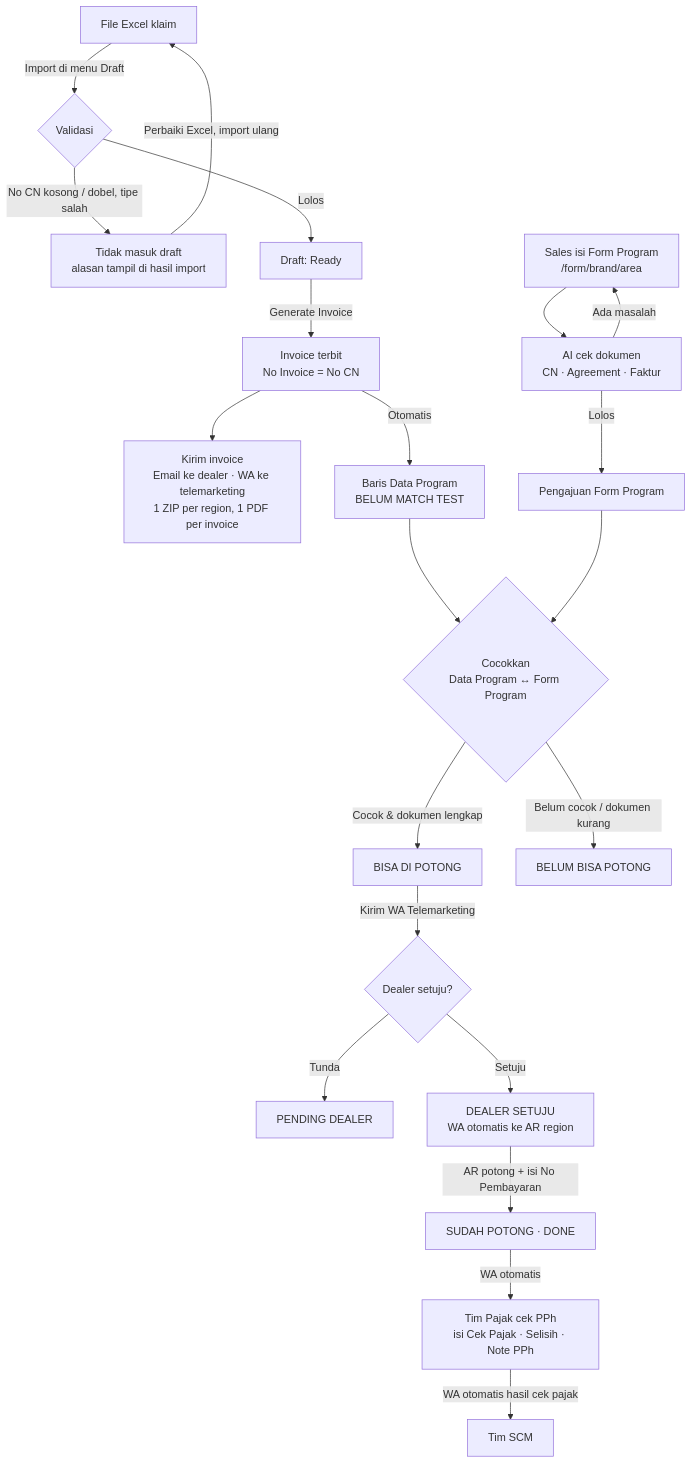
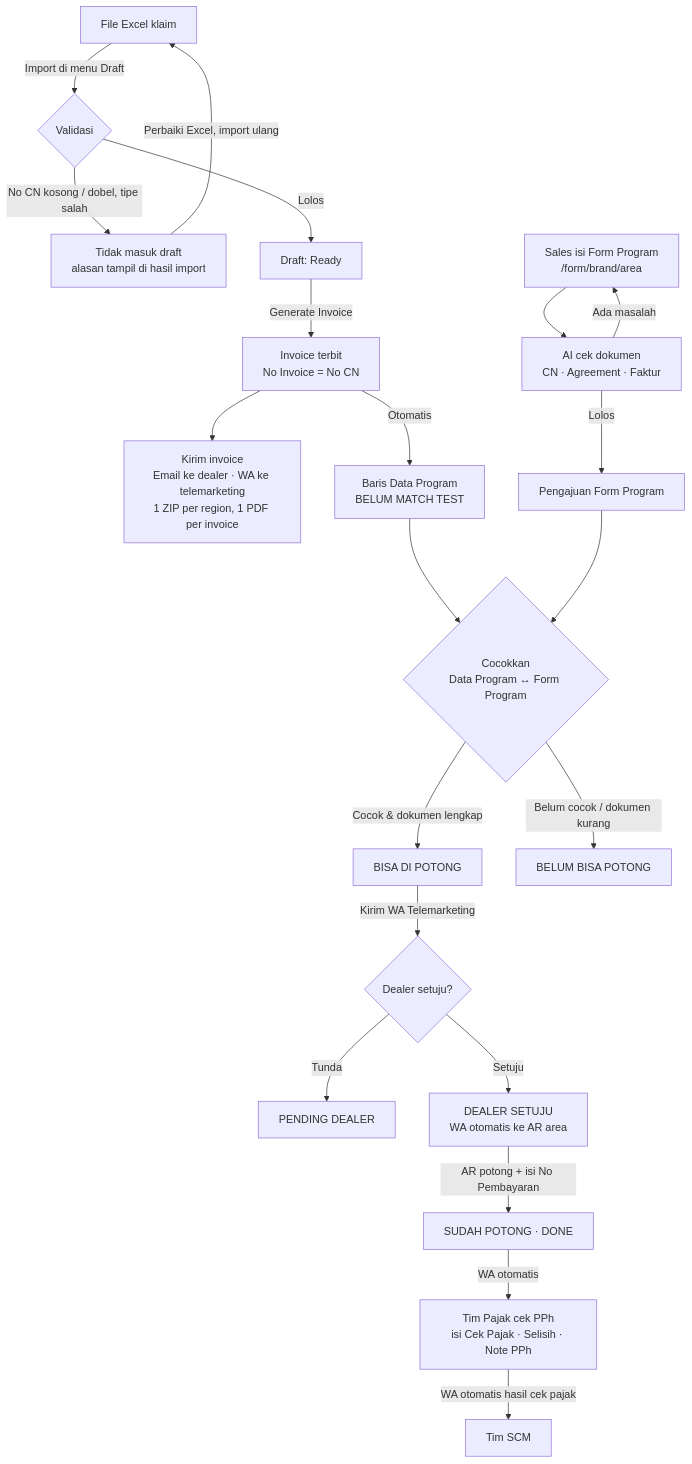
The first of 2 diagrams in README.md (oceanspacedev/Automation-SCM), drawn with Mermaid before and after one commit. The commit also changed other lines of this file and 18 other files, not shown here.

````diff
--- a/README.md
+++ b/README.md
@@ -59,25 +59,25 @@
 ```mermaid
 flowchart TD
     A[File Excel klaim] -->|Import di menu Draft| B{Validasi}
     B -->|No CN kosong / dobel, tipe salah| C[Tidak masuk draft<br/>alasan tampil di hasil import]
     B -->|Lolos| D[Draft: Ready]
     C -->|Perbaiki Excel, import ulang| A
     D -->|Generate Invoice| E[Invoice terbit<br/>No Invoice = No CN]
     E --> F[Kirim invoice<br/>Email ke dealer · WA ke telemarketing<br/>1 ZIP per region, 1 PDF per invoice]
     E -->|Otomatis| G[Baris Data Program<br/>BELUM MATCH TEST]
 
     S[Sales isi Form Program<br/>/form/brand/area] --> T[AI cek dokumen<br/>CN · Agreement · Faktur]
     T -->|Ada masalah| S
     T -->|Lolos| U[Pengajuan Form Program]
 
     G --> M{Cocokkan<br/>Data Program ↔ Form Program}
     U --> M
     M -->|Cocok & dokumen lengkap| N[BISA DI POTONG]
     M -->|Belum cocok / dokumen kurang| O[BELUM BISA POTONG]
     N -->|Kirim WA Telemarketing| P{Dealer setuju?}
     P -->|Tunda| Q[PENDING DEALER]
-    P -->|Setuju| R[DEALER SETUJU<br/>WA otomatis ke AR region]
+    P -->|Setuju| R[DEALER SETUJU<br/>WA otomatis ke AR area]
     R -->|AR potong + isi No Pembayaran| Z[SUDAH POTONG · DONE]
     Z -->|WA otomatis| TP[Tim Pajak cek PPh<br/>isi Cek Pajak · Selisih · Note PPh]
     TP -->|WA otomatis hasil cek pajak| SC[Tim SCM]
 ```
````
